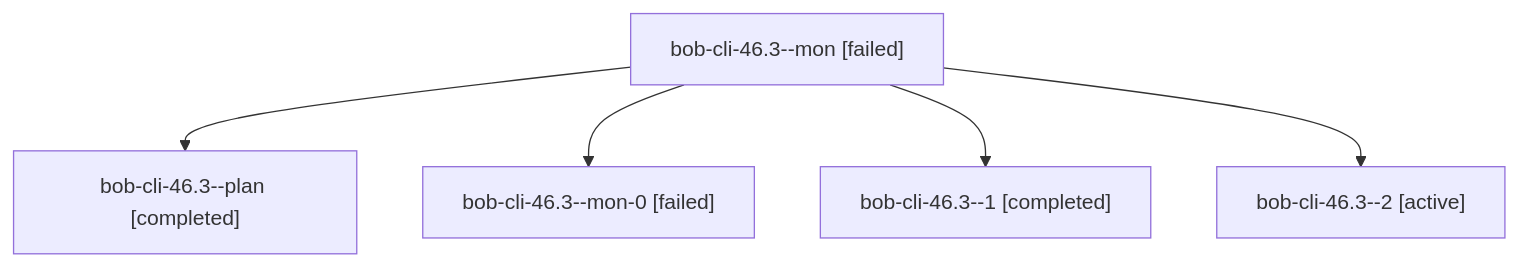
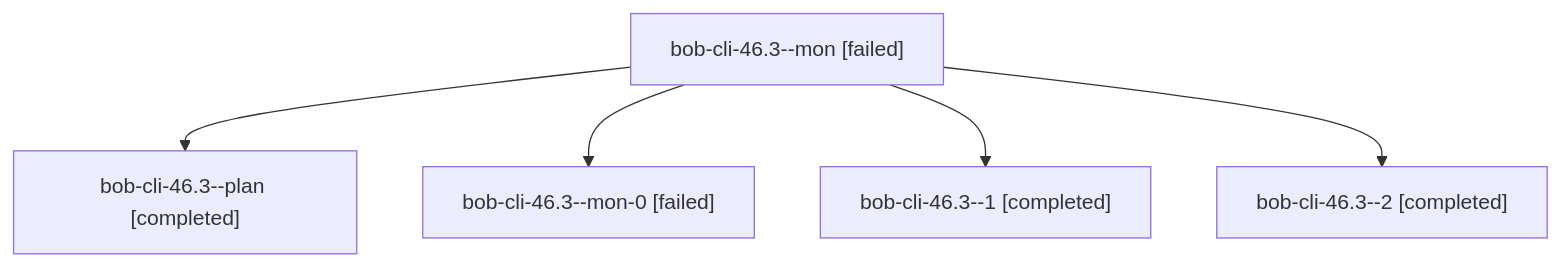
Before and after one commit to bobs-org/bob-cli--agents: the diagram in sessions/bbugyi200.apollo.bob-cli-46.3.md, drawn with Mermaid. The commit also changed other lines of this file and 91 other files, not shown here.

````diff
--- a/sessions/bbugyi200.apollo.bob-cli-46.3.md
+++ b/sessions/bbugyi200.apollo.bob-cli-46.3.md
@@ -9,12 +9,12 @@
 ```mermaid
 flowchart TD
   n0["bob-cli-46.3--mon [failed]"]
   n1["bob-cli-46.3--plan [completed]"]
   n0 --> n1
   n2["bob-cli-46.3--mon-0 [failed]"]
   n0 --> n2
   n3["bob-cli-46.3--1 [completed]"]
   n0 --> n3
-  n4["bob-cli-46.3--2 [active]"]
+  n4["bob-cli-46.3--2 [completed]"]
   n0 --> n4
 ```
````
